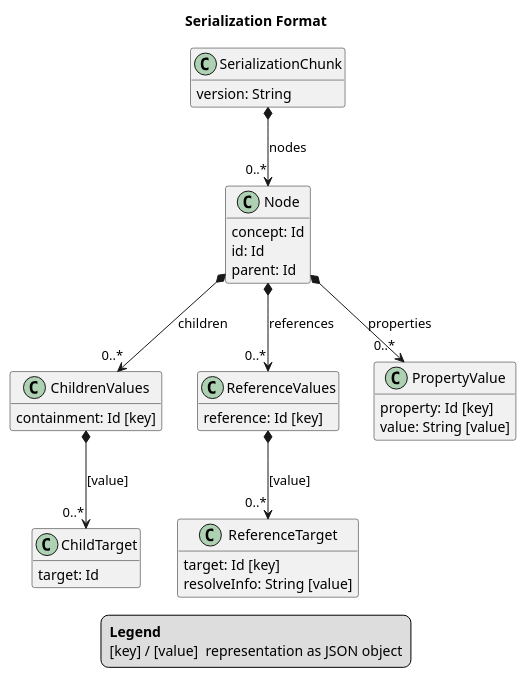
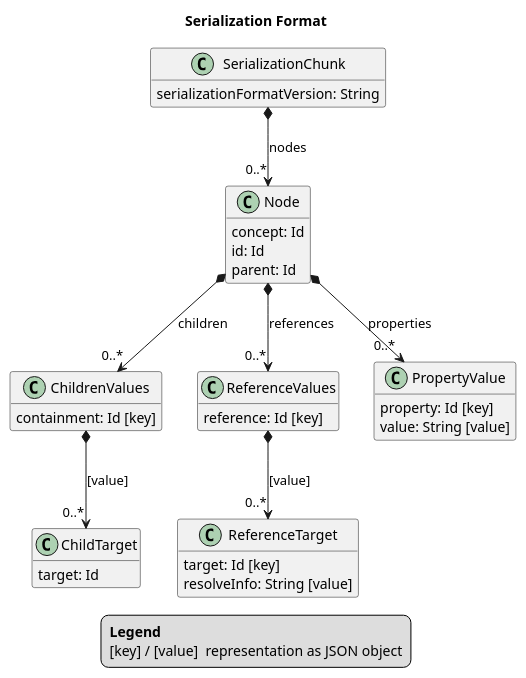
One commit to LionWeb-io/specification changed the diagram in lioncore/serialization.puml. Above: the diagram before and after it, drawn with PlantUML. The commit also changed 1 other file, not shown here.

Commit message:
fixed json `serializationFormatVersion` field name in format

```diff
--- a/lioncore/serialization.puml
+++ b/lioncore/serialization.puml
@@ -1,55 +1,55 @@
 @startuml
 title Serialization Format
 
 hide empty members
 
 legend
     <#transparent,#transparent>|= Legend |= |
     | [key] / [value] | representation as JSON object |
 end legend
 
 class SerializationChunk {
-    version: String
+    serializationFormatVersion: String
 }
 
 SerializationChunk *--> "0..*" Node: nodes
 
 class Node {
     concept: Id
     id: Id
     parent: Id
 }
 
 Node *--> "0..*" ChildrenValues: children
 
 class ChildrenValues {
     containment: Id [key]
 }
 
 ChildrenValues *--> "0..*" ChildTarget: [value]
 
 class ChildTarget {
     target: Id
 }
 
 Node *--> "0..*" ReferenceValues: references
 
 class ReferenceValues {
     reference: Id [key]
 }
 
 ReferenceValues *--> "0..*" ReferenceTarget: [value]
 
 class ReferenceTarget {
     target: Id [key]
     resolveInfo: String [value]
 }
 
 Node *--> "0..*" PropertyValue: properties
 
 class PropertyValue {
     property: Id [key]
     value: String [value]
 }
 
 @enduml
```
